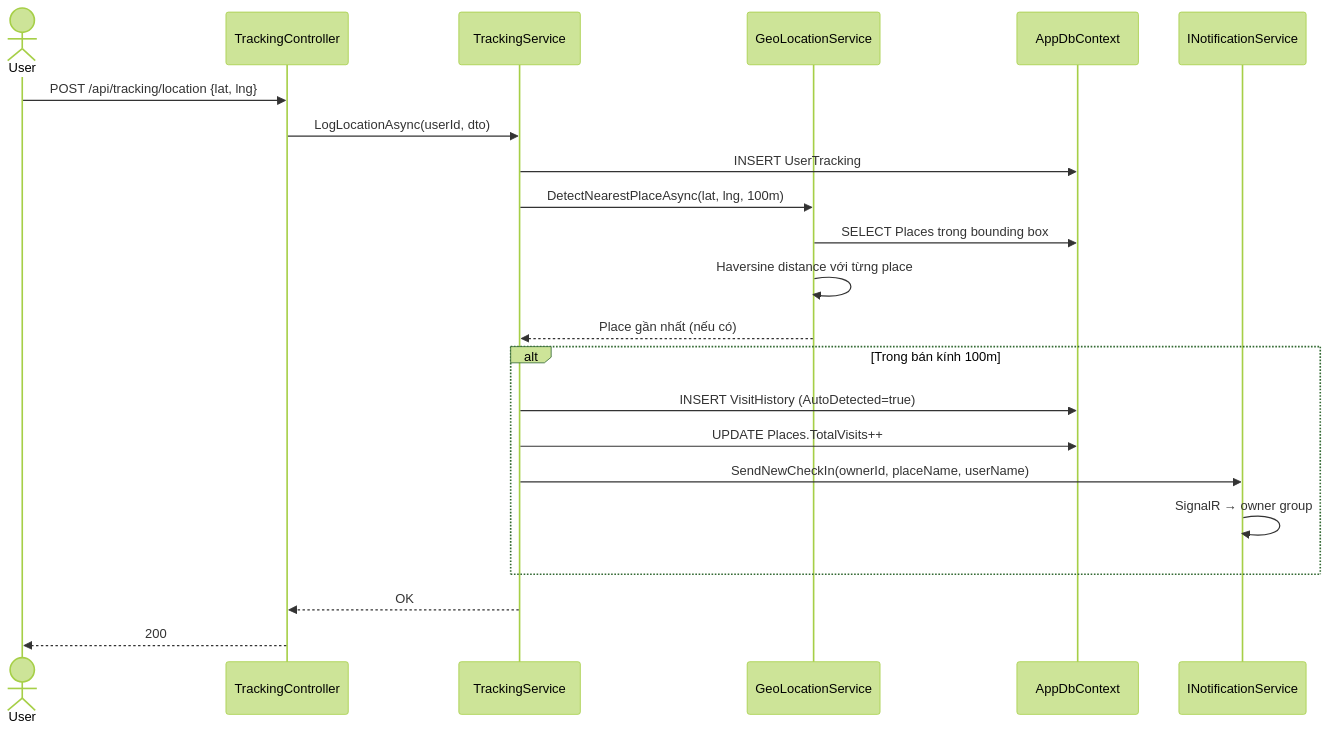
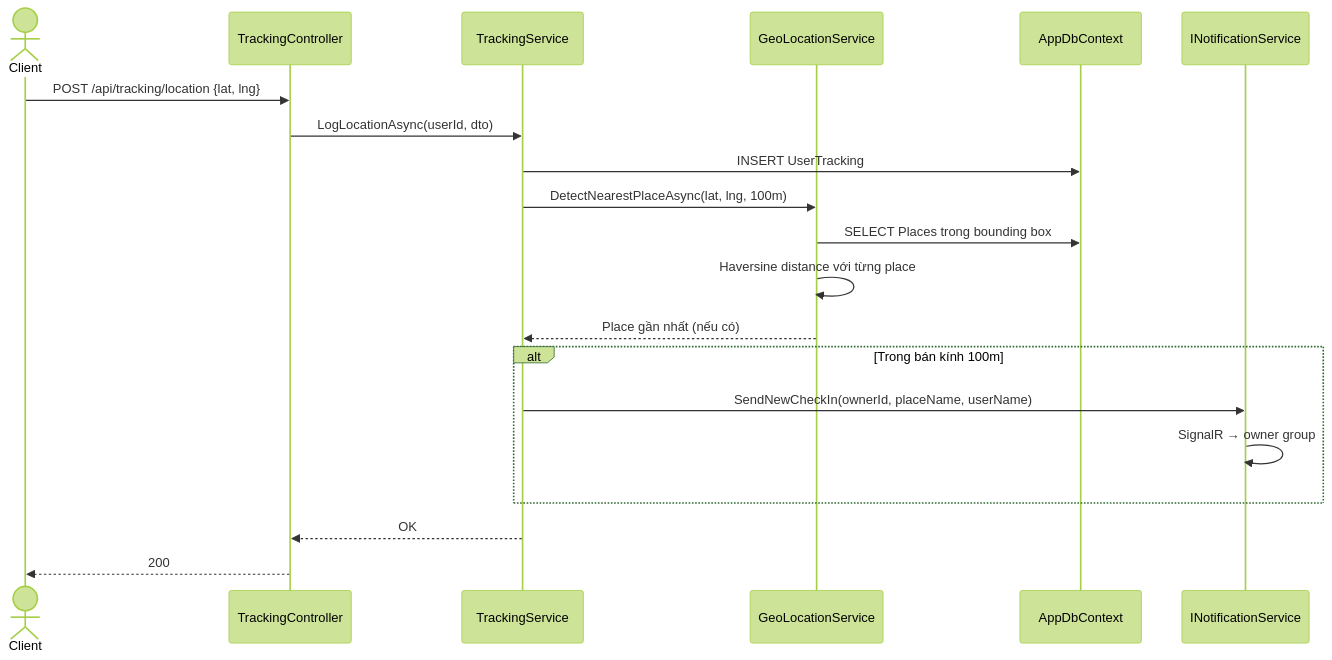
Before and after one commit to MTai55/TourguideProjectApp: diagram 15 of 21 in PRD.md, drawn with Mermaid (forest theme). The commit also changed other lines of this file, not shown here.

Commit message:
diagrams

````diff
--- a/PRD.md
+++ b/PRD.md
@@ -1412,27 +1412,25 @@
 ```mermaid
 sequenceDiagram
-    actor User
+    actor Client
     participant TrackingController
     participant TrackingService
     participant GeoLocationService
     participant AppDbContext
     participant INotificationService
 
-    User->>TrackingController: POST /api/tracking/location {lat, lng}
+    Client->>TrackingController: POST /api/tracking/location {lat, lng}
     TrackingController->>TrackingService: LogLocationAsync(userId, dto)
     TrackingService->>AppDbContext: INSERT UserTracking
     TrackingService->>GeoLocationService: DetectNearestPlaceAsync(lat, lng, 100m)
     GeoLocationService->>AppDbContext: SELECT Places trong bounding box
     GeoLocationService->>GeoLocationService: Haversine distance với từng place
     GeoLocationService-->>TrackingService: Place gần nhất (nếu có)
 
     alt Trong bán kính 100m
-        TrackingService->>AppDbContext: INSERT VisitHistory (AutoDetected=true)
-        TrackingService->>AppDbContext: UPDATE Places.TotalVisits++
         TrackingService->>INotificationService: SendNewCheckIn(ownerId, placeName, userName)
         INotificationService->>INotificationService: SignalR → owner group
     end
 
     TrackingService-->>TrackingController: OK
-    TrackingController-->>User: 200
+    TrackingController-->>Client: 200
 ```
````
